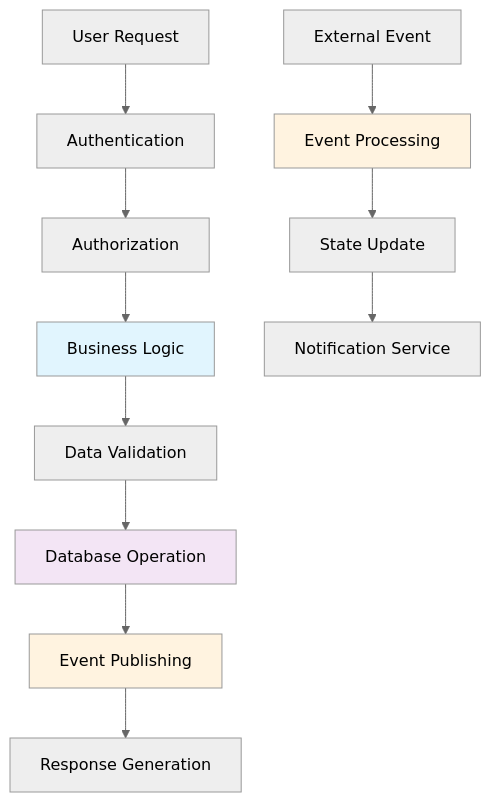
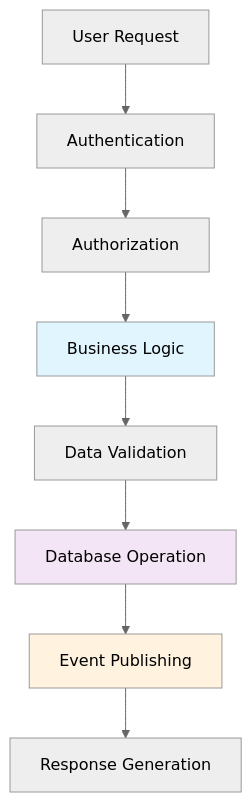
One commit to razkevich/system_design_course changed the second of 2 diagrams in 1.2_architecture_basics/decomposition_boundaries.md. Above: the diagram before and after it, drawn with Mermaid (neutral theme). The commit also changed other lines of this file and 1 other file, not shown here.

````diff
--- a/1.2_architecture_basics/decomposition_boundaries.md
+++ b/1.2_architecture_basics/decomposition_boundaries.md
@@ -363,19 +79,14 @@
 ```mermaid
 graph TD
     A[User Request] --> B[Authentication]
-    B --> C[Authorization]
+    B --> C[Authorization] 
     C --> D[Business Logic]
     D --> E[Data Validation]
     E --> F[Database Operation]
     F --> G[Event Publishing]
     G --> H[Response Generation]
     
-    I[External Event] --> J[Event Processing]
-    J --> K[State Update]
-    K --> L[Notification Service]
-    
     style D fill:#e1f5fe
     style F fill:#f3e5f5
     style G fill:#fff3e0
-    style J fill:#fff3e0
 ```
````
